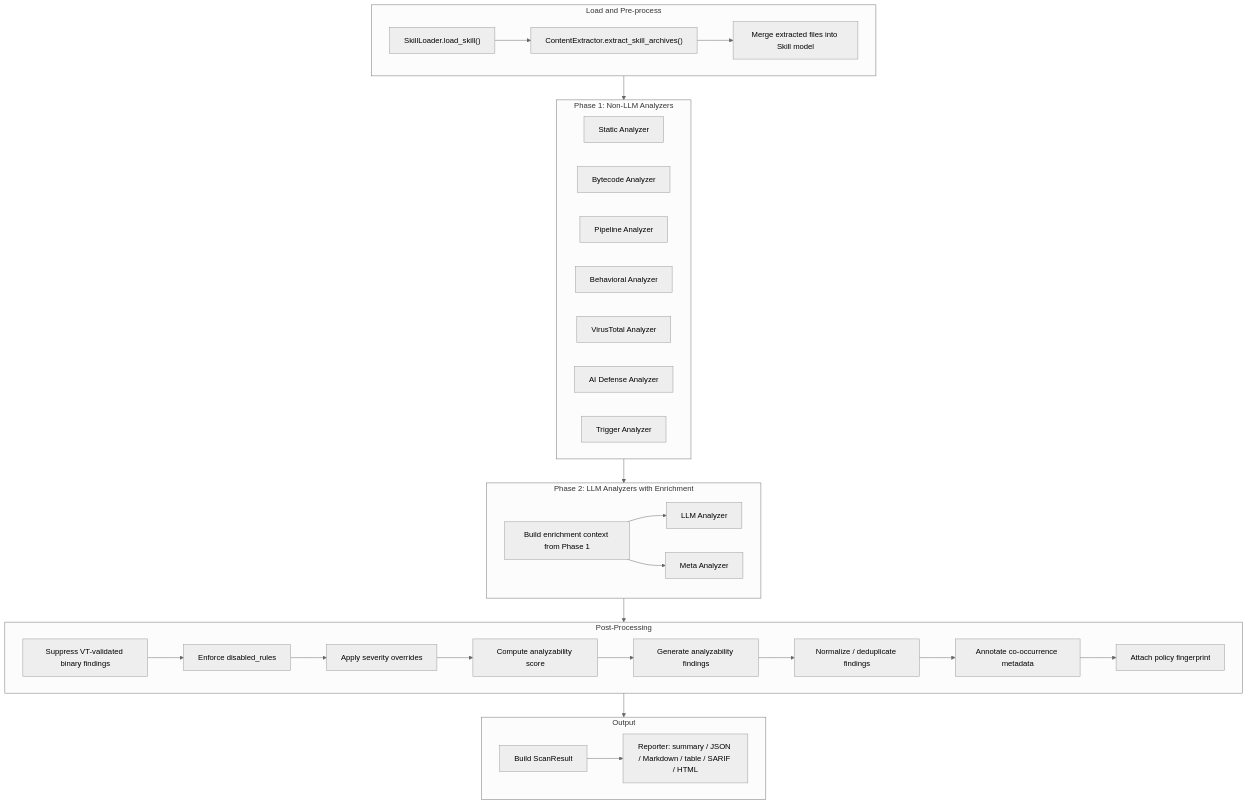
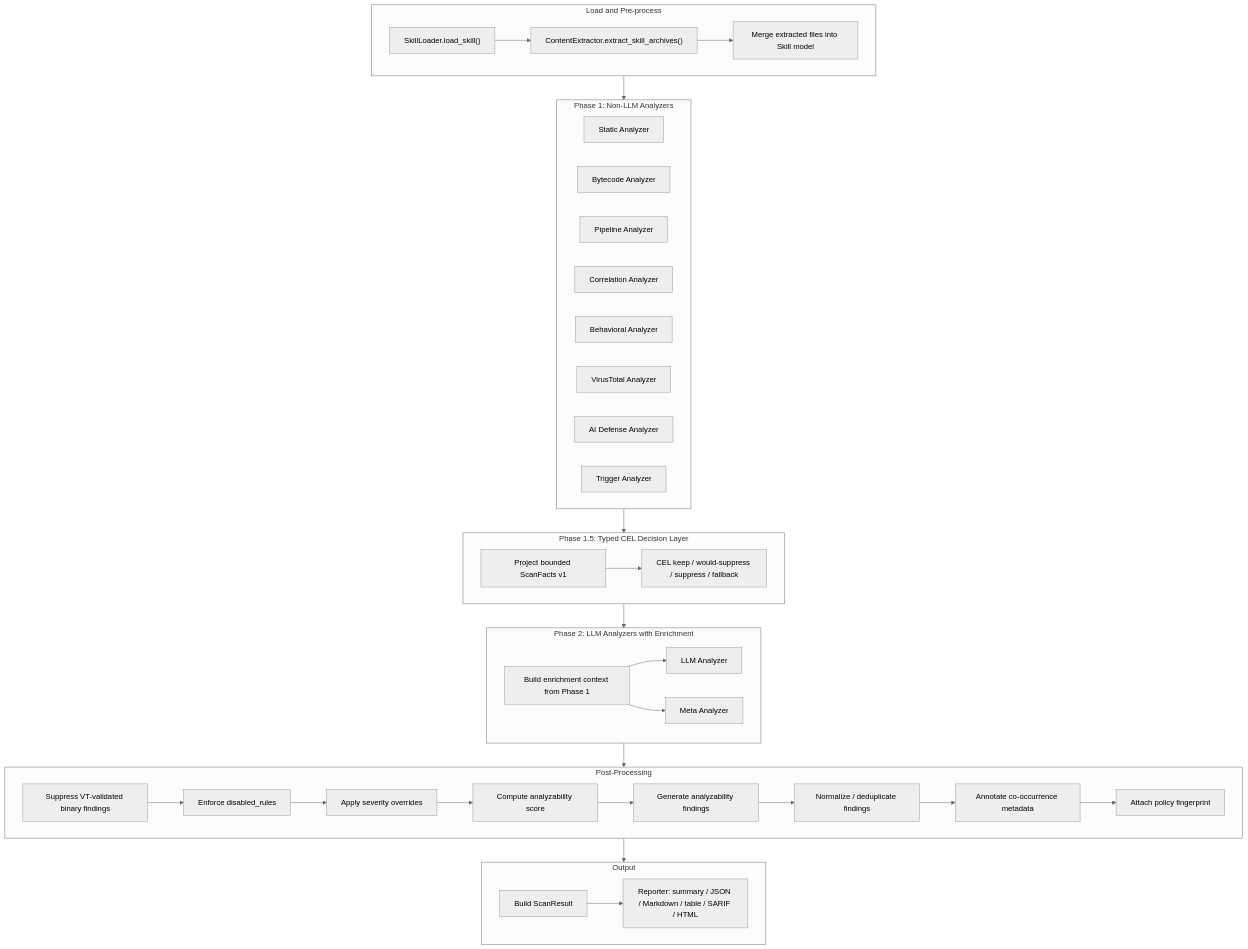
The diagram in docs/architecture/scanning-pipeline.md (cisco-ai-defense/skill-scanner), drawn with Mermaid (neutral theme) before and after one commit. The commit also changed other lines of this file and 391 other files, not shown here.

Commit message:
feat(scanner): add typed CEL decision layer

````diff
--- a/docs/architecture/scanning-pipeline.md
+++ b/docs/architecture/scanning-pipeline.md
@@ -14,43 +18,49 @@
 ```mermaid
 flowchart TD
     subgraph load [Load and Pre-process]
         L1["SkillLoader.load_skill()"] --> L2["ContentExtractor.extract_skill_archives()"]
         L2 --> L3["Merge extracted files into Skill model"]
     end
 
     subgraph phase1 [Phase 1: Non-LLM Analyzers]
         P1_STATIC["Static Analyzer"]
         P1_BYTECODE["Bytecode Analyzer"]
         P1_PIPELINE["Pipeline Analyzer"]
+        P1_CORRELATION["Correlation Analyzer"]
         P1_BEHAVIORAL["Behavioral Analyzer"]
         P1_VT["VirusTotal Analyzer"]
         P1_AID["AI Defense Analyzer"]
         P1_TRIGGER["Trigger Analyzer"]
+    end
+
+    subgraph decision [Phase 1.5: Typed CEL Decision Layer]
+        FACTS["Project bounded ScanFacts v1"] --> CEL["CEL keep / would-suppress / suppress / fallback"]
     end
 
     subgraph phase2 [Phase 2: LLM Analyzers with Enrichment]
         ENRICH["Build enrichment context from Phase 1"] --> P2_LLM["LLM Analyzer"]
         ENRICH --> P2_META["Meta Analyzer"]
     end
 
     subgraph postproc [Post-Processing]
         PP1["Suppress VT-validated binary findings"]
         PP1 --> PP2["Enforce disabled_rules"]
         PP2 --> PP3["Apply severity overrides"]
         PP3 --> PP4["Compute analyzability score"]
         PP4 --> PP5["Generate analyzability findings"]
         PP5 --> PP6["Normalize / deduplicate findings"]
         PP6 --> PP7["Annotate co-occurrence metadata"]
         PP7 --> PP8["Attach policy fingerprint"]
     end
 
     subgraph output [Output]
         R1["Build ScanResult"]
         R1 --> R2["Reporter: summary / JSON / Markdown / table / SARIF / HTML"]
     end
 
     load --> phase1
-    phase1 --> phase2
+    phase1 --> decision
+    decision --> phase2
     phase2 --> postproc
     postproc --> output
 ```
````
